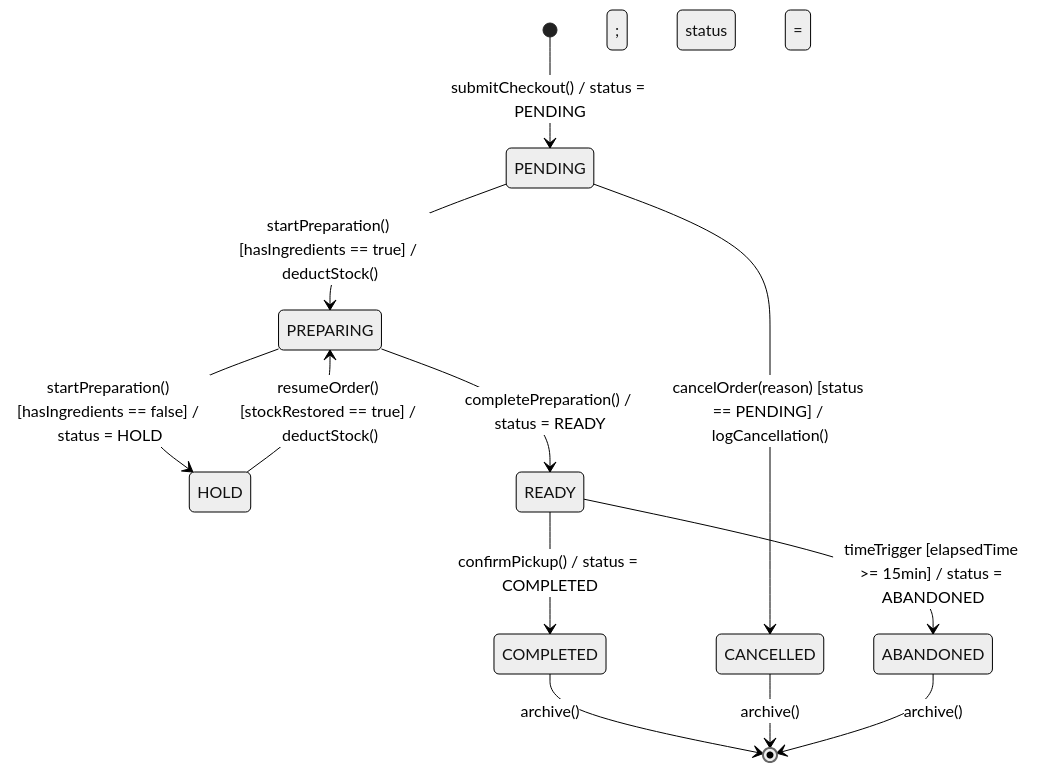
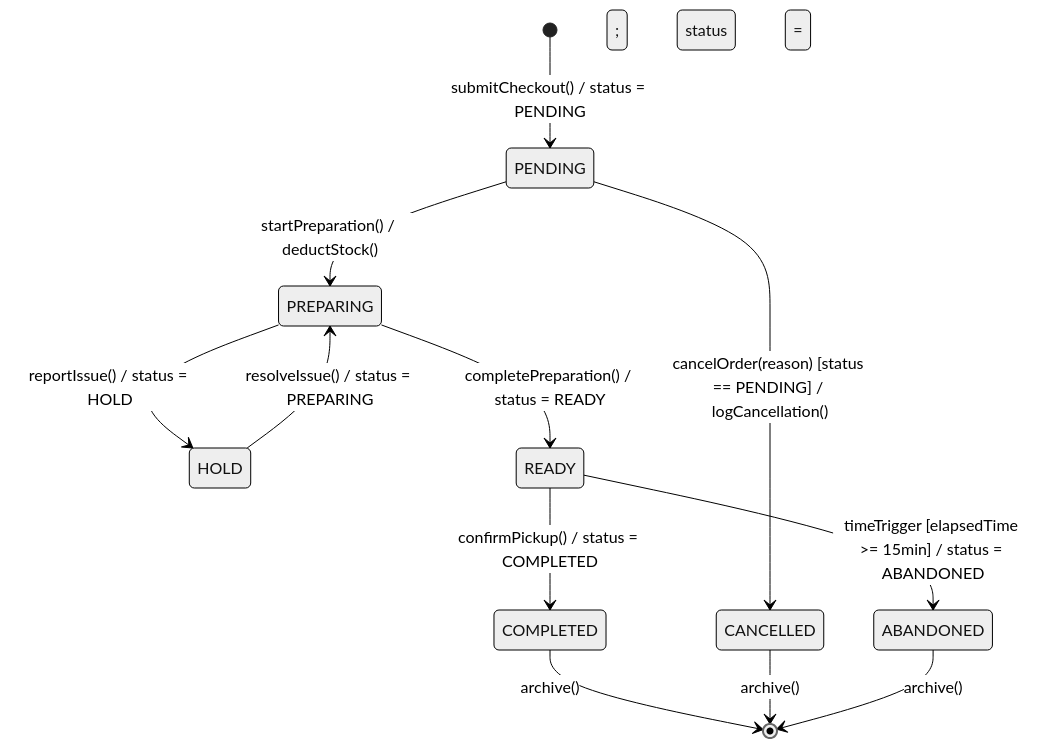
One commit to Shaichi/Khoga_coffe_shop changed the fifth of 5 diagrams in rds_sections/11_detailed_3_8_order_management.md. Above: the diagram before and after it, drawn with Mermaid (neutral theme). The commit also changed other lines of this file and 3 other files, not shown here.

Commit message:
docs: remove lateness_minutes, add scheduled_start and shift_start/end times to database, and update ORDER statechart

````diff
--- a/rds_sections/11_detailed_3_8_order_management.md
+++ b/rds_sections/11_detailed_3_8_order_management.md
@@ -206,22 +206,22 @@
 ```mermaid
 stateDiagram-v2
     [*] --> PENDING : submitCheckout() / status = PENDING
 
-    PENDING --> PREPARING : startPreparation() [hasIngredients == true] / deductStock(); status = PREPARING
+    PENDING --> PREPARING : startPreparation() / deductStock(); status = PREPARING
 
     PENDING --> CANCELLED : cancelOrder(reason) [status == PENDING] / logCancellation(); status = CANCELLED
 
-    PREPARING --> HOLD : startPreparation() [hasIngredients == false] / status = HOLD
+    PREPARING --> HOLD : reportIssue() / status = HOLD
 
     PREPARING --> READY : completePreparation() / status = READY
 
-    HOLD --> PREPARING : resumeOrder() [stockRestored == true] / deductStock(); status = PREPARING
+    HOLD --> PREPARING : resolveIssue() / status = PREPARING
 
     READY --> COMPLETED : confirmPickup() / status = COMPLETED
 
     READY --> ABANDONED : timeTrigger [elapsedTime >= 15min] / status = ABANDONED
 
     COMPLETED --> [*] : archive()
     CANCELLED --> [*] : archive()
     ABANDONED --> [*] : archive()
 ```
````
